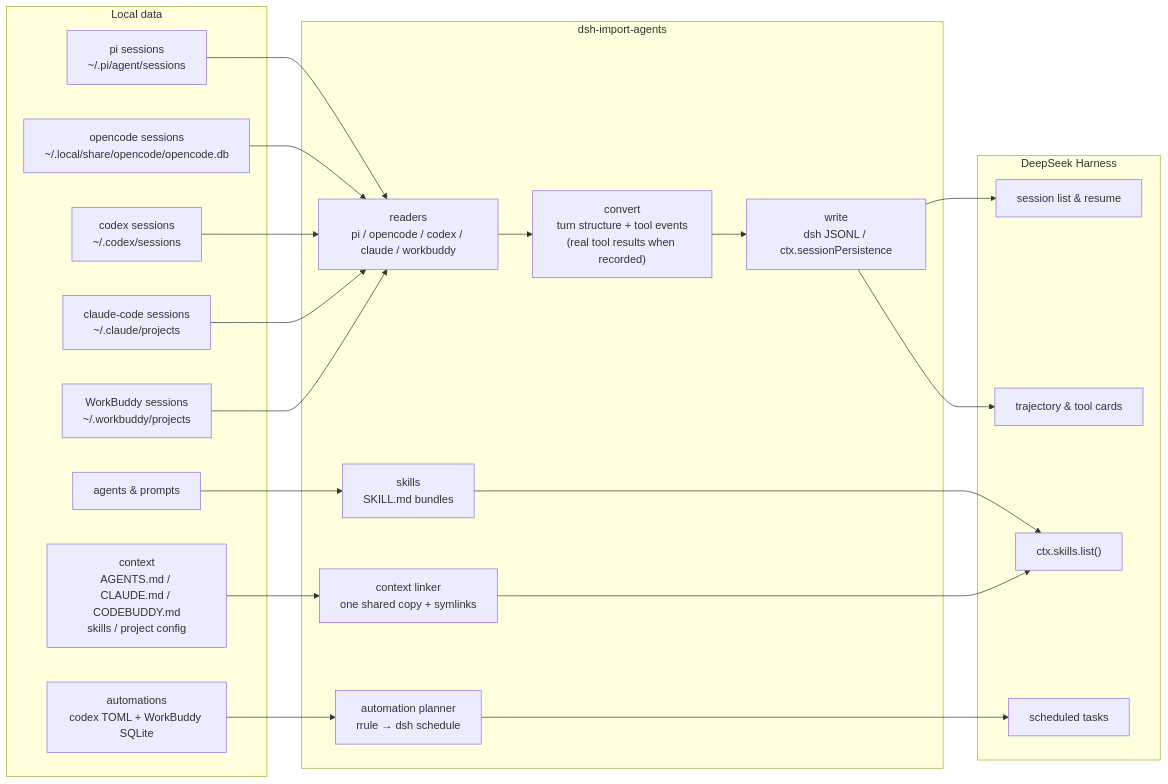
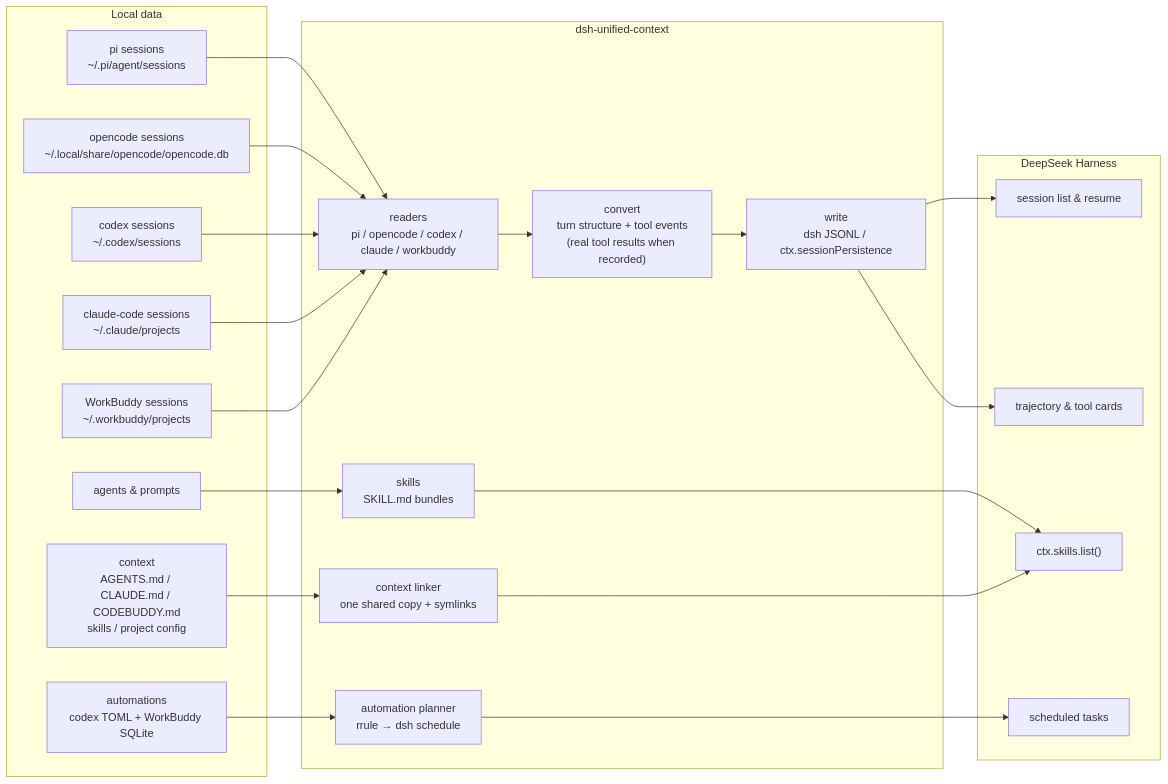
Before and after one commit to Chang-Tong/dsh-unified-context: the diagram in README.md, drawn with Mermaid. The commit also changed other lines of this file and 22 other files, not shown here.

First line of the commit message:
feat!: rename dsh-import-agents to DSH Unified Context (dsh-unified-context)

````diff
--- a/README.md
+++ b/README.md
@@ -171,40 +170,40 @@
 ```mermaid
 flowchart LR
     subgraph sources["Local data"]
         PI["pi sessions<br/>~/.pi/agent/sessions"]
         OC["opencode sessions<br/>~/.local/share/opencode/opencode.db"]
         CX["codex sessions<br/>~/.codex/sessions"]
         CC["claude-code sessions<br/>~/.claude/projects"]
         WB["WorkBuddy sessions<br/>~/.workbuddy/projects"]
         AG["agents & prompts"]
         CTX["context<br/>AGENTS.md / CLAUDE.md / CODEBUDDY.md<br/>skills / project config"]
         AU["automations<br/>codex TOML + WorkBuddy SQLite"]
     end
-    subgraph plugin["dsh-import-agents"]
+    subgraph plugin["dsh-unified-context"]
         R["readers<br/>pi / opencode / codex / claude / workbuddy"]
         C["convert<br/>turn structure + tool events<br/>(real tool results when recorded)"]
         W["write<br/>dsh JSONL / ctx.sessionPersistence"]
         S["skills<br/>SKILL.md bundles"]
         L["context linker<br/>one shared copy + symlinks"]
         A["automation planner<br/>rrule → dsh schedule"]
     end
     subgraph dsh["DeepSeek Harness"]
         SL["session list & resume"]
         TR["trajectory & tool cards"]
         SK["ctx.skills.list()"]
         SC["scheduled tasks"]
     end
     PI --> R
     OC --> R
     CX --> R
     CC --> R
     WB --> R
     AG --> S
     CTX --> L
     AU --> A
     R --> C --> W --> SL
     W --> TR
     S --> SK
     L --> SK
     A --> SC
 ```
````
